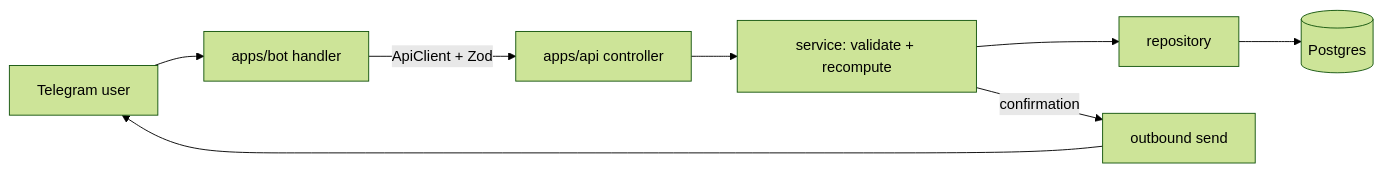
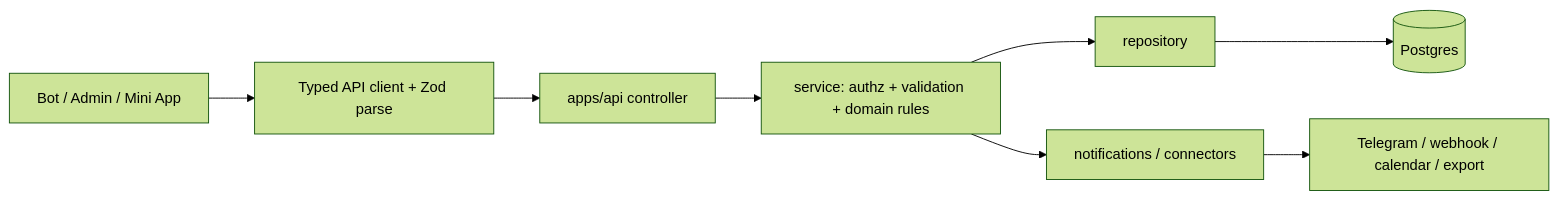
One commit to IldarRash/BeosendApp changed the diagram in docs/architecture/overview.md. Above: the diagram before and after it, drawn with Mermaid (forest theme). The commit also changed other lines of this file and 5 other files, not shown here.

````diff
--- a/docs/architecture/overview.md
+++ b/docs/architecture/overview.md
@@ -29,10 +52,10 @@
 ```mermaid
 flowchart LR
-  U[Telegram user] --> BOT[apps/bot handler]
-  BOT -->|ApiClient + Zod| API[apps/api controller]
-  API --> SVC[service: validate + recompute]
+  UI[Bot / Admin / Mini App] --> CLIENT[Typed API client + Zod parse]
+  CLIENT --> API[apps/api controller]
+  API --> SVC[service: authz + validation + domain rules]
   SVC --> REPO[repository]
   REPO --> DB[(Postgres)]
-  SVC -->|confirmation| OUT[outbound send]
-  OUT --> U
+  SVC --> OUT[notifications / connectors]
+  OUT --> EXT[Telegram / webhook / calendar / export]
 ```
````
